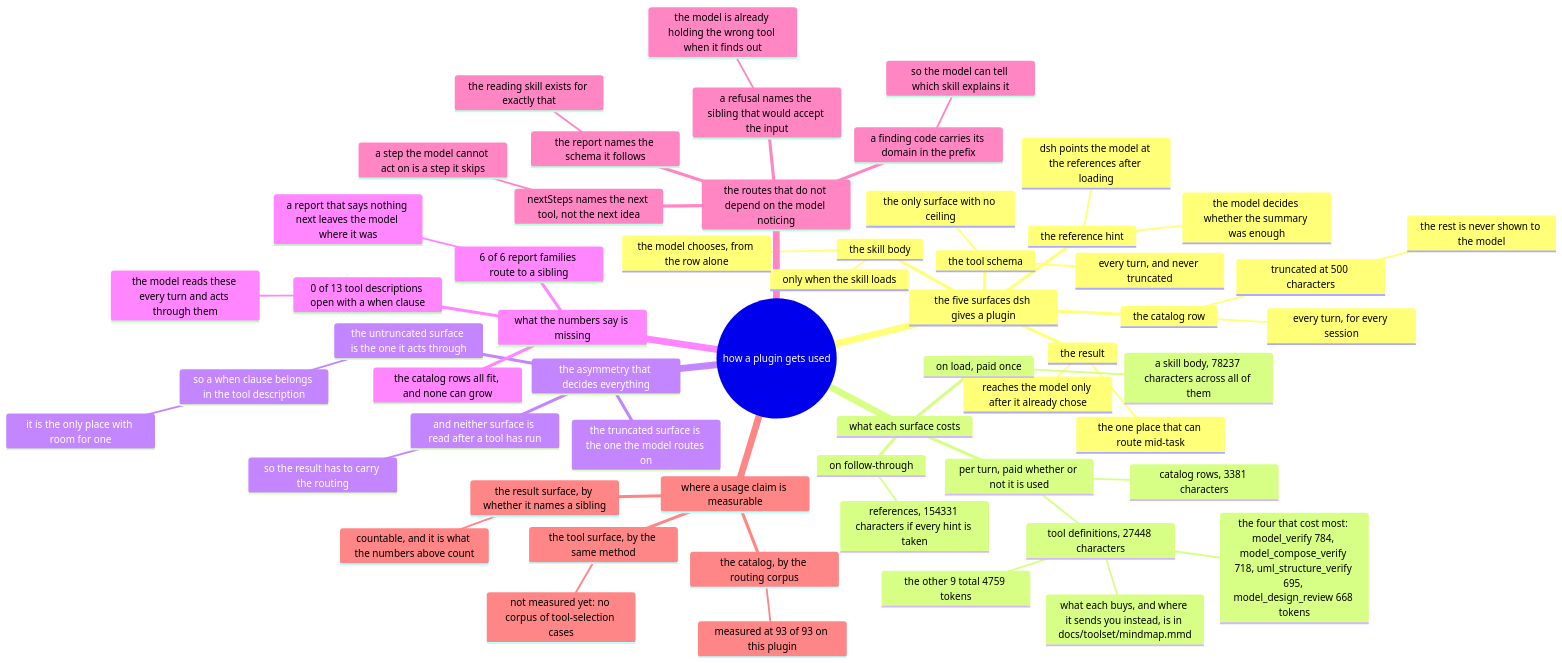
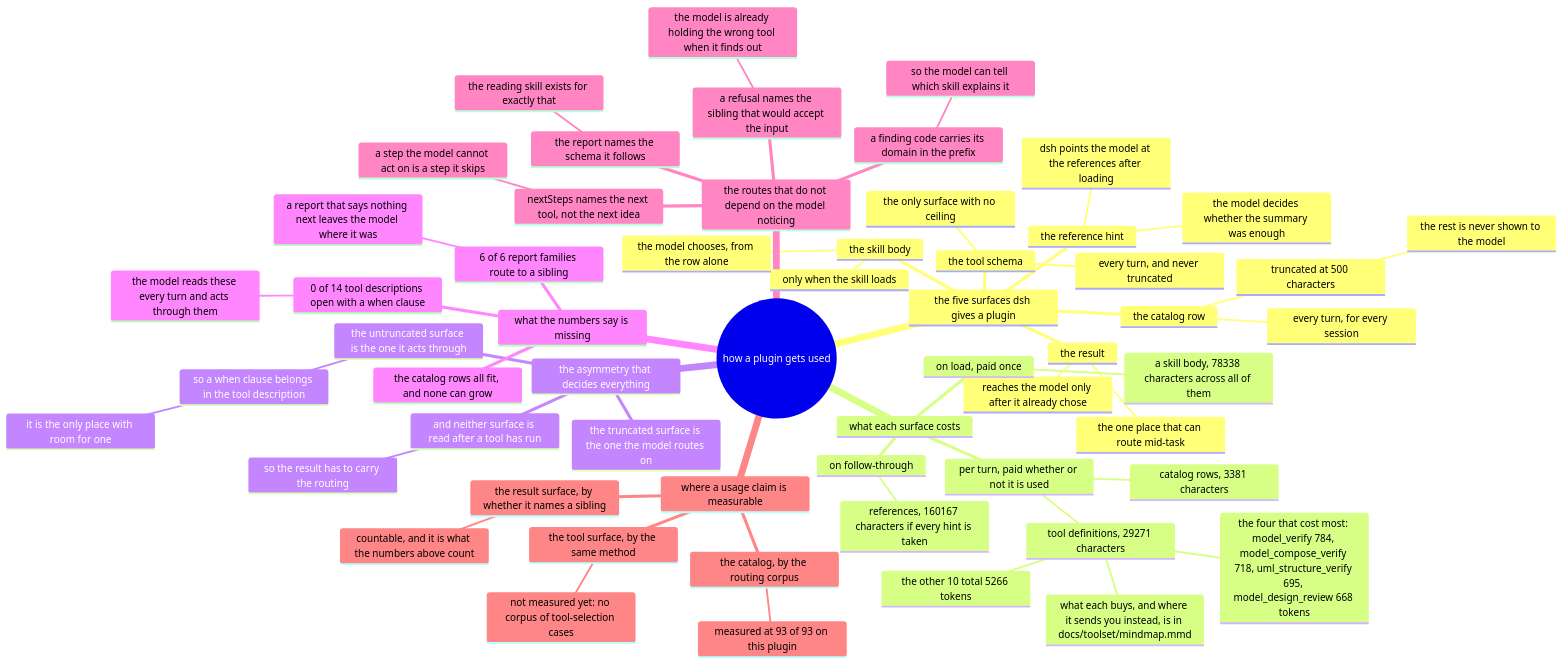
The diagram in docs/usage/mindmap.mmd (AmethystLuna/dsh-model-everything), drawn with Mermaid before and after one commit. The commit also changed 10 other files, not shown here.

```diff
--- a/docs/usage/mindmap.mmd
+++ b/docs/usage/mindmap.mmd
@@ -1,59 +1,59 @@
 mindmap
 root((how a plugin gets used))
   the five surfaces dsh gives a plugin
     the catalog row
       every turn, for every session
       truncated at 500 characters
         the rest is never shown to the model
     the skill body
       only when the skill loads
       the model chooses, from the row alone
     the reference hint
       dsh points the model at the references after loading
       the model decides whether the summary was enough
     the tool schema
       every turn, and never truncated
       the only surface with no ceiling
     the result
       reaches the model only after it already chose
       the one place that can route mid-task
   what each surface costs
     per turn, paid whether or not it is used
       catalog rows, 3381 characters
-      tool definitions, 27448 characters
+      tool definitions, 29271 characters
         the four that cost most: model_verify 784, model_compose_verify 718, uml_structure_verify 695, model_design_review 668 tokens
-        the other 9 total 4759 tokens
+        the other 10 total 5266 tokens
         what each buys, and where it sends you instead, is in docs/toolset/mindmap.mmd
     on load, paid once
-      a skill body, 78237 characters across all of them
+      a skill body, 78338 characters across all of them
     on follow-through
-      references, 154331 characters if every hint is taken
+      references, 160167 characters if every hint is taken
   the asymmetry that decides everything
     the truncated surface is the one the model routes on
     the untruncated surface is the one it acts through
       so a when clause belongs in the tool description
         it is the only place with room for one
     and neither surface is read after a tool has run
       so the result has to carry the routing
   what the numbers say is missing
-    0 of 13 tool descriptions open with a when clause
+    0 of 14 tool descriptions open with a when clause
       the model reads these every turn and acts through them
     6 of 6 report families route to a sibling
       a report that says nothing next leaves the model where it was
     the catalog rows all fit, and none can grow
   the routes that do not depend on the model noticing
     a refusal names the sibling that would accept the input
       the model is already holding the wrong tool when it finds out
     nextSteps names the next tool, not the next idea
       a step the model cannot act on is a step it skips
     a finding code carries its domain in the prefix
       so the model can tell which skill explains it
     the report names the schema it follows
       the reading skill exists for exactly that
   where a usage claim is measurable
     the catalog, by the routing corpus
       measured at 93 of 93 on this plugin
     the tool surface, by the same method
       not measured yet: no corpus of tool-selection cases
     the result surface, by whether it names a sibling
       countable, and it is what the numbers above count
```
